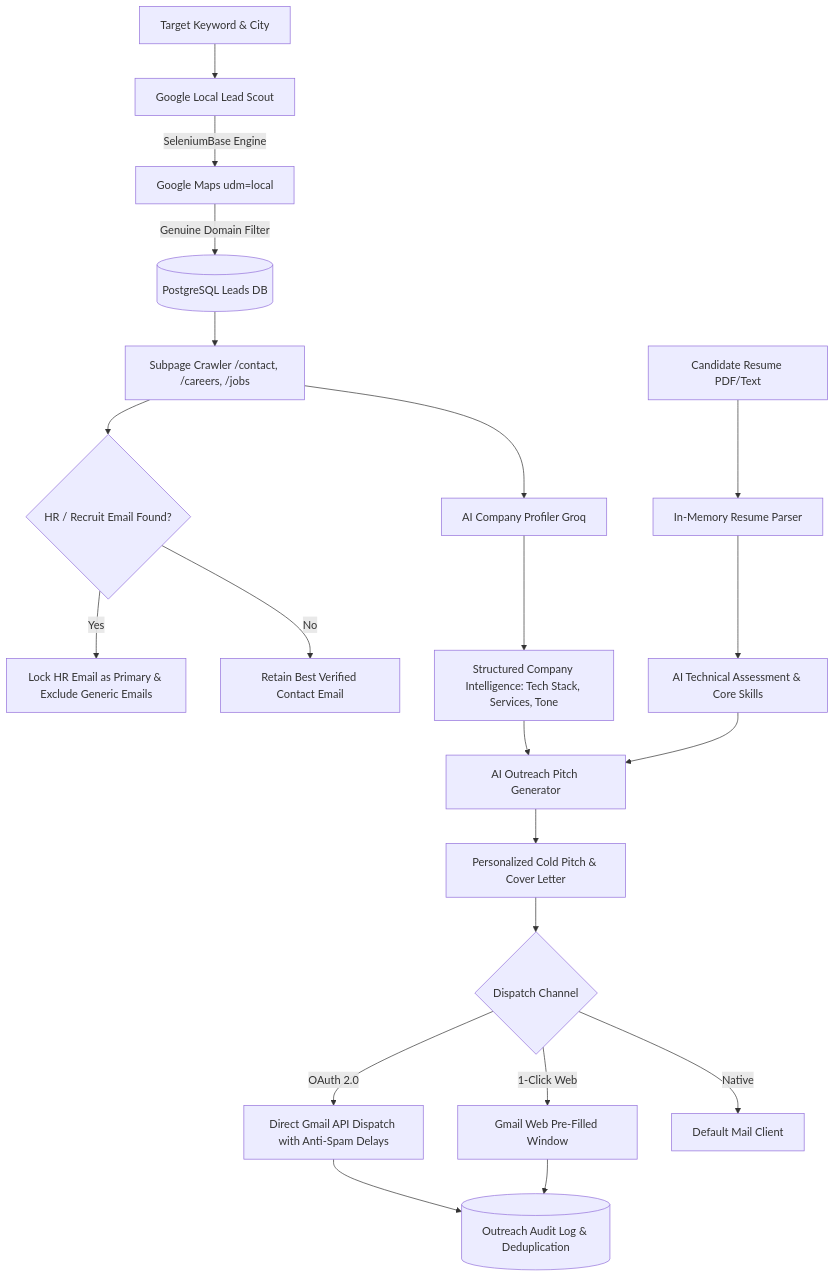
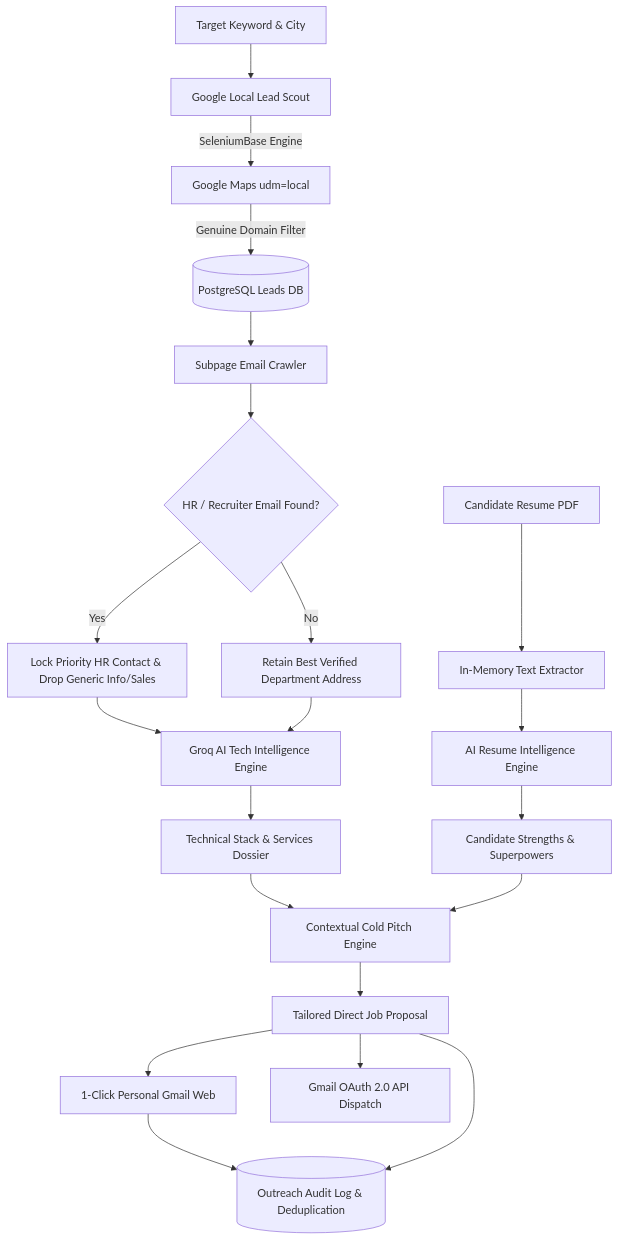
The diagram in README.md (vorarahul4700/outreachPilot), drawn with Mermaid before and after one commit. The commit also changed other lines of this file and 13 other files, not shown here.

````diff
--- a/README.md
+++ b/README.md
@@ -36,27 +36,26 @@
 ```mermaid
 graph TD
     A[Target Keyword & City] --> B[Google Local Lead Scout]
     B -->|SeleniumBase Engine| C[Google Maps udm=local]
     C -->|Genuine Domain Filter| D[(PostgreSQL Leads DB)]
     
-    D --> E[Subpage Crawler /contact, /careers, /jobs]
-    E --> F{HR / Recruit Email Found?}
-    F -->|Yes| G[Lock HR Email as Primary & Exclude Generic Emails]
-    F -->|No| H[Retain Best Verified Contact Email]
+    D --> E[Subpage Email Crawler]
+    E --> F{HR / Recruiter Email Found?}
+    F -->|Yes| G[Lock Priority HR Contact & Drop Generic Info/Sales]
+    F -->|No| H[Retain Best Verified Department Address]
     
-    E --> I[AI Company Profiler Groq]
-    I --> J[Structured Company Intelligence: Tech Stack, Services, Tone]
+    G & H --> I[Groq AI Tech Intelligence Engine]
+    I --> J[Technical Stack & Services Dossier]
     
-    K[Candidate Resume PDF/Text] --> L[In-Memory Resume Parser]
-    L --> M[AI Technical Assessment & Core Skills]
+    K[Candidate Resume PDF] --> L[In-Memory Text Extractor]
+    L --> M[AI Resume Intelligence Engine]
+    M --> N[Candidate Strengths & Superpowers]
     
-    J & M --> N[AI Outreach Pitch Generator]
-    N --> O[Personalized Cold Pitch & Cover Letter]
+    J & N --> P[Contextual Cold Pitch Engine]
+    P --> Q[Tailored Direct Job Proposal]
     
-    O --> P{Dispatch Channel}
-    P -->|1-Click Web| Q[Gmail Web Pre-Filled Window]
-    P -->|OAuth 2.0| R[Direct Gmail API Dispatch with Anti-Spam Delays]
-    P -->|Native| S[Default Mail Client]
+    Q --> R[1-Click Personal Gmail Web]
+    Q --> S[Gmail OAuth 2.0 API Dispatch]
     
     R & Q --> T[(Outreach Audit Log & Deduplication)]
 ```
````
